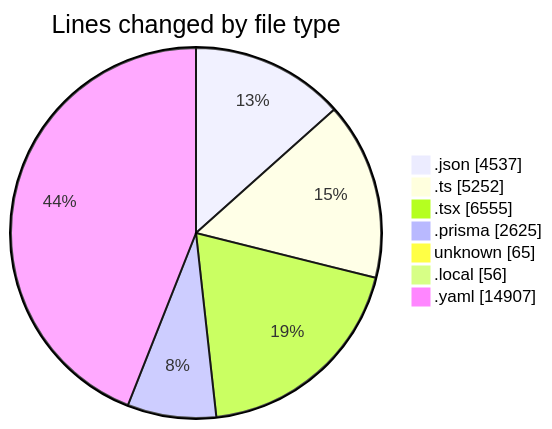
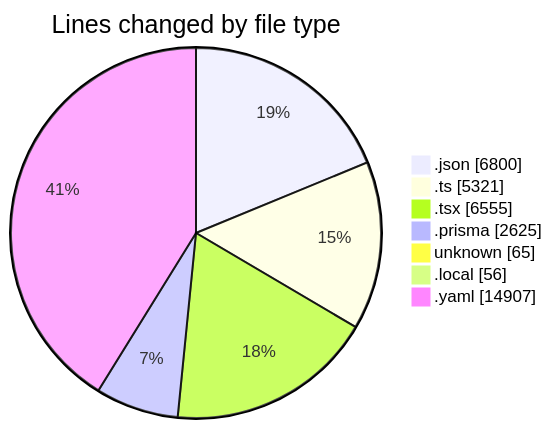
Before and after one commit to CELIANVF/code-tracking: the first of 2 diagrams in 2025-05-15/ecodeli-1/README.md, drawn with Mermaid. The commit also changed other lines of this file and 1 other file, not shown here.

````diff
--- a/2025-05-15/ecodeli-1/README.md
+++ b/2025-05-15/ecodeli-1/README.md
@@ -55,11 +55,11 @@
 ```mermaid
 pie showData
 title Lines changed by file type
-".json" : 4537
-".ts" : 5252
+".json" : 6800
+".ts" : 5321
 ".tsx" : 6555
 ".prisma" : 2625
 "unknown" : 65
 ".local" : 56
 ".yaml" : 14907
 ```
````
